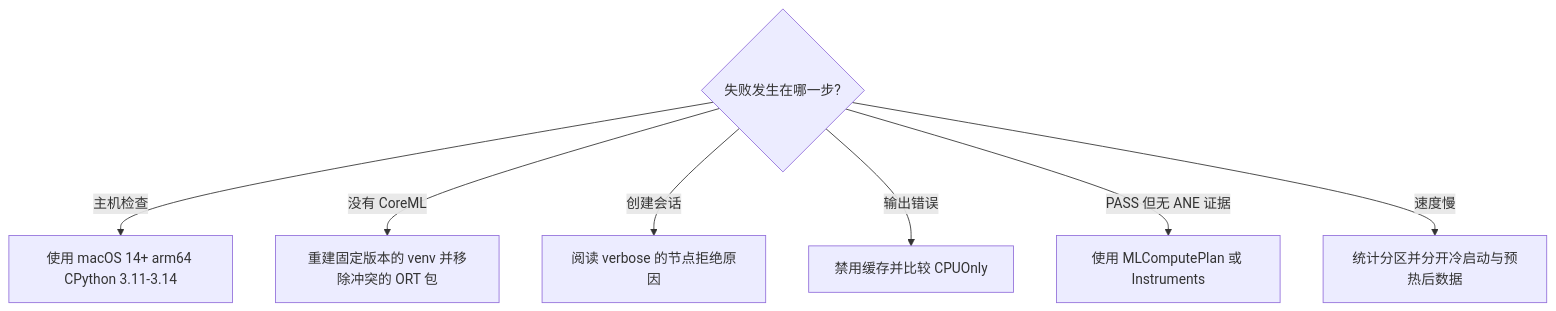
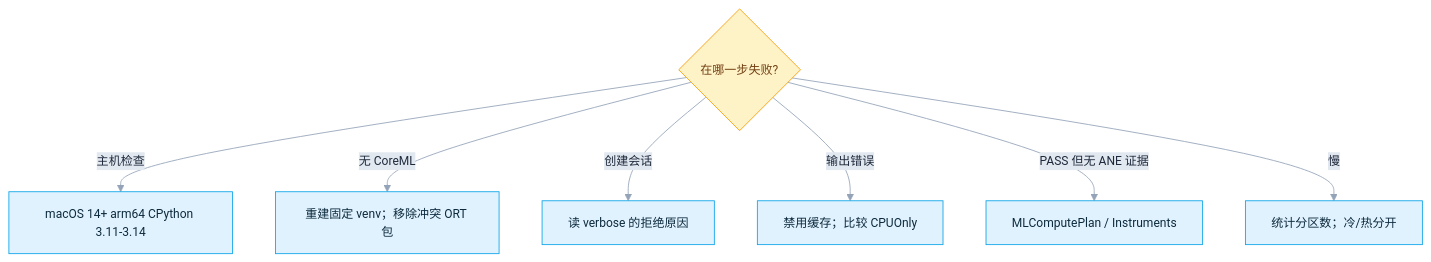
Before and after one commit to DakeQQ/Tutorial-ONNX-Runtime-Execution-Providers: diagram 11 of 12 in Apple/README.zh-CN.md, drawn with Mermaid. The commit also changed other lines of this file and 15 other files, not shown here.

````diff
--- a/Apple/README.zh-CN.md
+++ b/Apple/README.zh-CN.md
@@ -464,10 +600,15 @@
 ```mermaid
+%%{init: {"theme":"base","themeVariables":{"fontSize":"14px","lineColor":"#94a3b8","edgeLabelBackground":"#e2e8f0","primaryTextColor":"#1e293b"}}}%%
 flowchart TD
-  A{失败发生在哪一步?}
-  A -->|主机检查| B[使用 macOS 14+ arm64 CPython 3.11-3.14]
-  A -->|没有 CoreML| C[重建固定版本的 venv 并移除冲突的 ORT 包]
-  A -->|创建会话| D[阅读 verbose 的节点拒绝原因]
-  A -->|输出错误| E[禁用缓存并比较 CPUOnly]
-  A -->|PASS 但无 ANE 证据| F[使用 MLComputePlan 或 Instruments]
-  A -->|速度慢| G[统计分区并分开冷启动与预热后数据]
+  A{"在哪一步失败?"}
+  A -->|主机检查| B["macOS 14+ arm64 CPython 3.11-3.14"]
+  A -->|无 CoreML| C["重建固定 venv；移除冲突 ORT 包"]
+  A -->|创建会话| D["读 verbose 的拒绝原因"]
+  A -->|输出错误| E["禁用缓存；比较 CPUOnly"]
+  A -->|PASS 但无 ANE 证据| F["MLComputePlan / Instruments"]
+  A -->|慢| G["统计分区数；冷/热分开"]
+  classDef dec fill:#fef3c7,stroke:#f59e0b,color:#713f12;
+  classDef step fill:#e0f2fe,stroke:#0ea5e9,color:#0c2a3d;
+  class A dec;
+  class B,C,D,E,F,G step;
 ```
````
